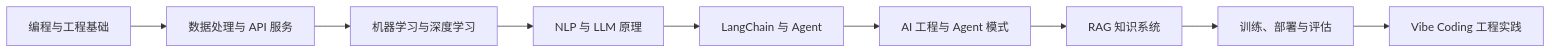
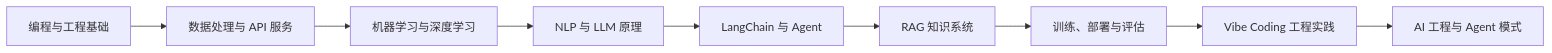
Before and after one commit to tingfeng347/windwiki: the diagram in docs/llm-applications/index.md, drawn with Mermaid. The commit also changed other lines of this file and 37 other files, not shown here.

````diff
--- a/docs/llm-applications/index.md
+++ b/docs/llm-applications/index.md
@@ -11,11 +11,11 @@
 ```mermaid
 flowchart LR
     A[编程与工程基础] --> B[数据处理与 API 服务]
     B --> C[机器学习与深度学习]
     C --> D[NLP 与 LLM 原理]
     D --> E[LangChain 与 Agent]
-    E --> I[AI 工程与 Agent 模式]
-    I --> F[RAG 知识系统]
+    E --> F[RAG 知识系统]
     F --> G[训练、部署与评估]
     G --> H[Vibe Coding 工程实践]
+    H --> I[AI 工程与 Agent 模式]
 ```
````
